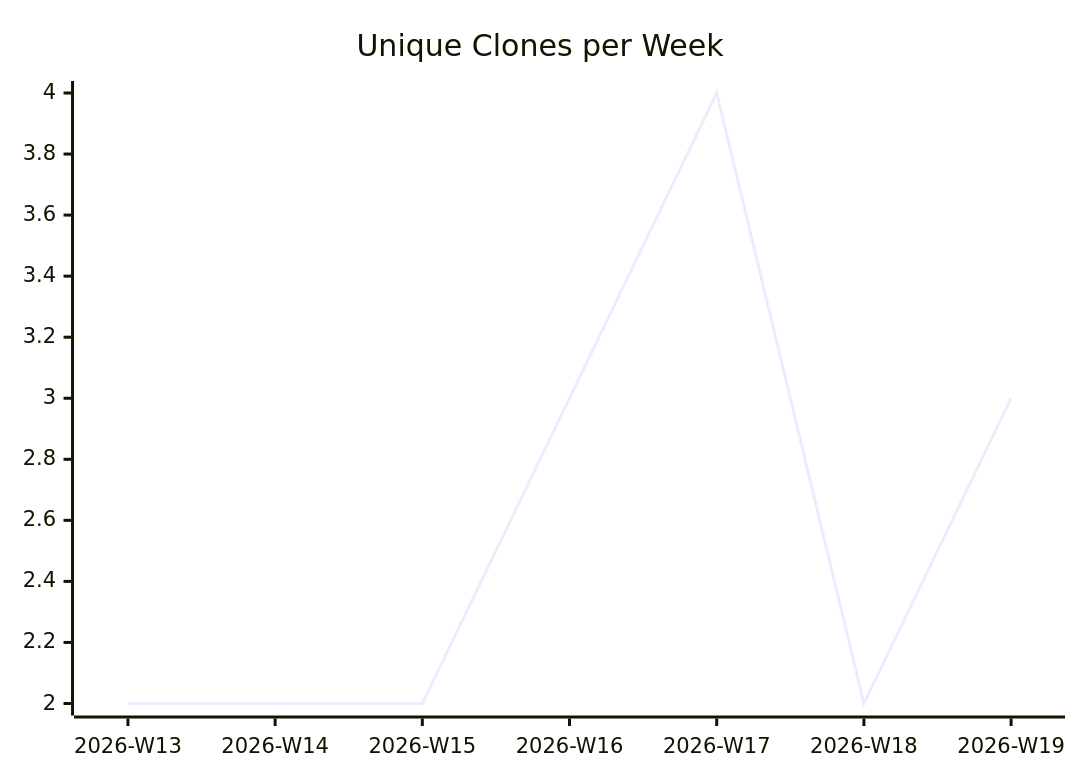
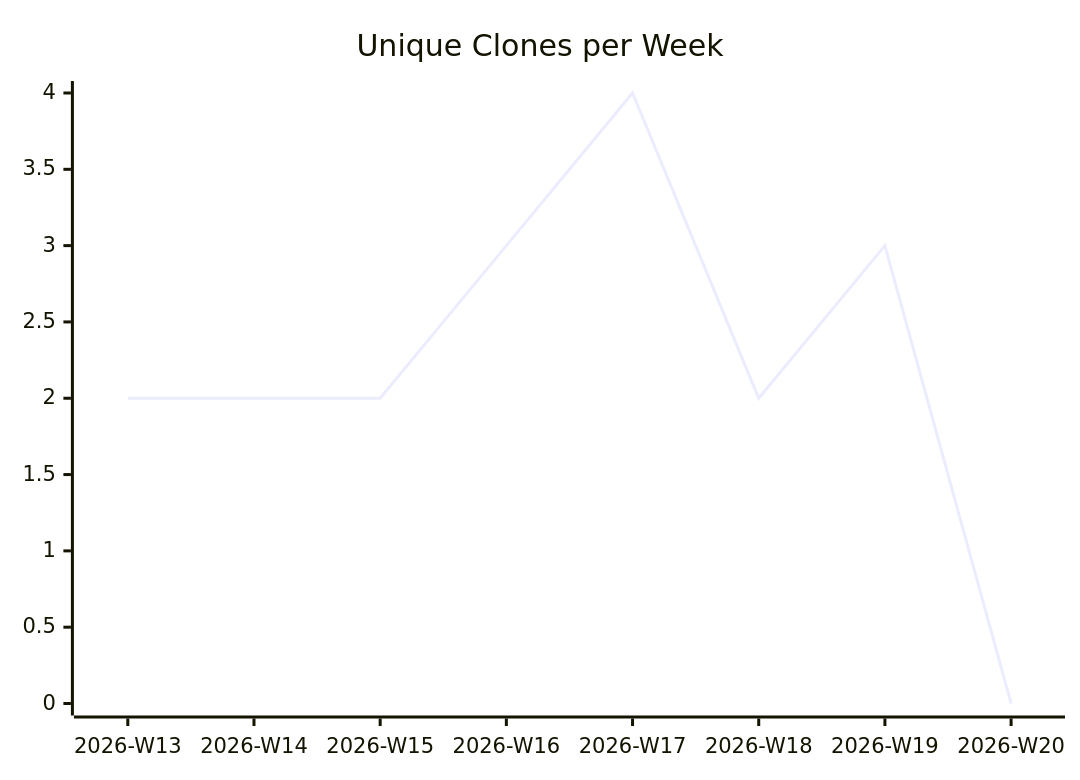
One commit to justdavis-family/github-analytics-data changed the third of 3 diagrams in karlmdavis/bbonfhir-dev-infra-docker/README.md. Above: the diagram before and after it, drawn with Mermaid. The commit also changed other lines of this file and 190 other files, not shown here.

````diff
--- a/karlmdavis/bbonfhir-dev-infra-docker/README.md
+++ b/karlmdavis/bbonfhir-dev-infra-docker/README.md
@@ -19,6 +19,6 @@
 ```mermaid
 xychart-beta
   title "Unique Clones per Week"
-  x-axis ["2026-W13", "2026-W14", "2026-W15", "2026-W16", "2026-W17", "2026-W18", "2026-W19"]
-  line [2, 2, 2, 3, 4, 2, 3]
+  x-axis ["2026-W13", "2026-W14", "2026-W15", "2026-W16", "2026-W17", "2026-W18", "2026-W19", "2026-W20"]
+  line [2, 2, 2, 3, 4, 2, 3, 0]
 ```
````
